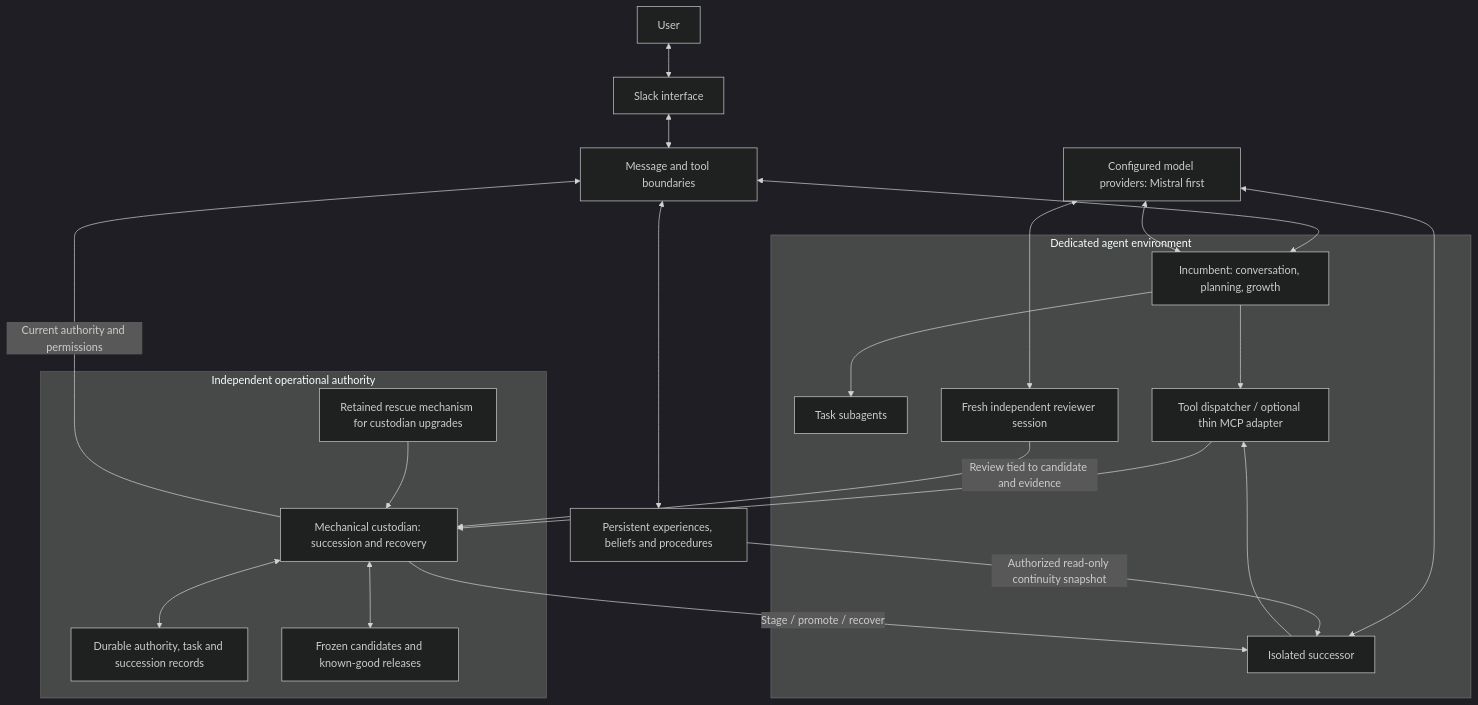
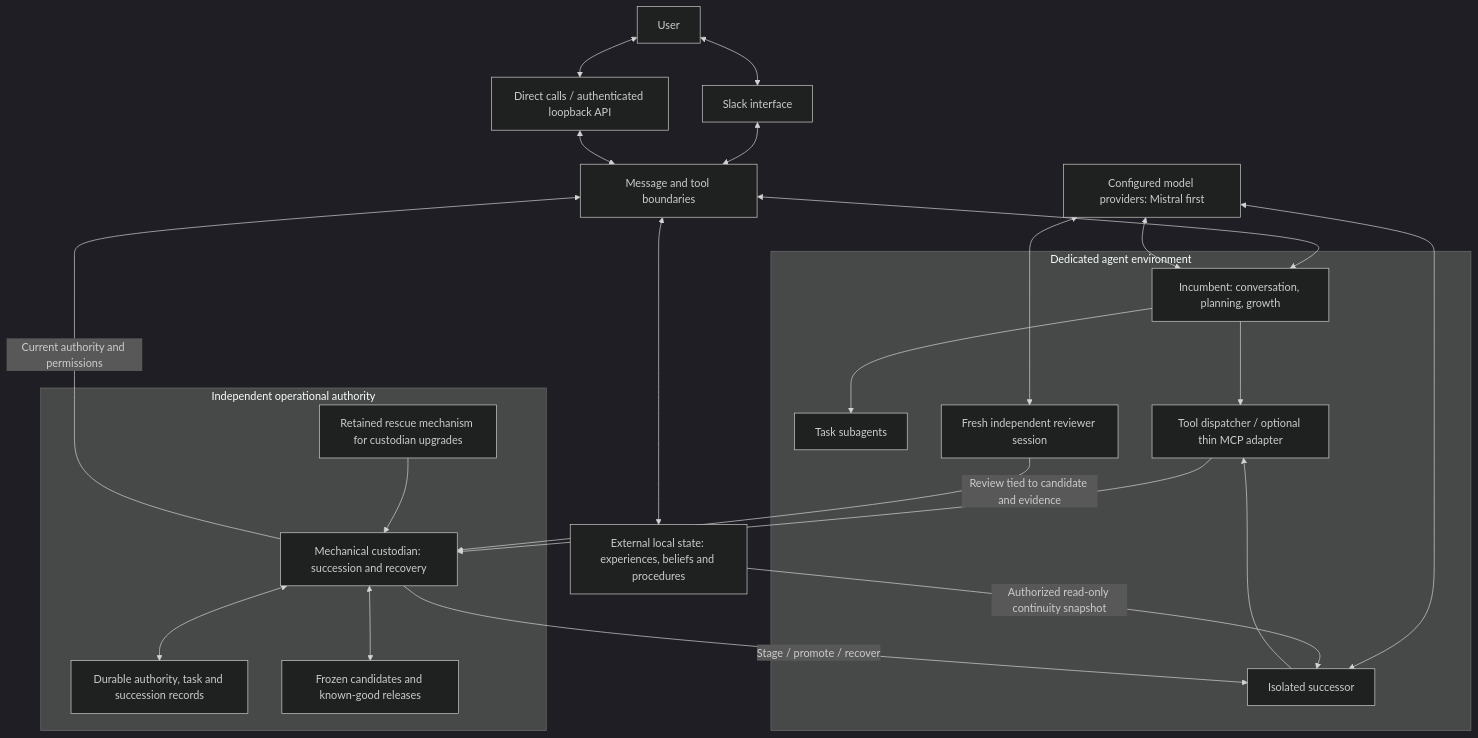
Before and after one commit to lbsa71/palimpsest: the diagram in docs/architecture.md, drawn with Mermaid (dark theme). The commit also changed other lines of this file and 42 other files, not shown here.

Commit message:
feat: implement durable local seed with external state and direct communications

````diff
--- a/docs/architecture.md
+++ b/docs/architecture.md
@@ -13,34 +15,36 @@
 ```mermaid
 flowchart TB
     User[User] <--> Slack[Slack interface]
+    User <--> Direct[Direct calls / authenticated loopback API]
     subgraph AgentEnv[Dedicated agent environment]
         Inc[Incumbent: conversation, planning, growth]
         Sub[Task subagents]
         Next[Isolated successor]
         Review[Fresh independent reviewer session]
         Adapter[Tool dispatcher / optional thin MCP adapter]
         Inc --> Sub
         Inc --> Adapter
         Next --> Adapter
     end
     Slack <--> Gateway[Message and tool boundaries]
+    Direct <--> Gateway
     Gateway <--> Inc
     Model[Configured model providers: Mistral first] <--> Inc
     Model <--> Next
     Model <--> Review
     subgraph RecoveryBoundary[Independent operational authority]
         Custodian[Mechanical custodian: succession and recovery]
         Journal[Durable authority, task and succession records]
         Releases[Frozen candidates and known-good releases]
         Rescue[Retained rescue mechanism for custodian upgrades]
         Custodian <--> Journal
         Custodian <--> Releases
         Rescue --> Custodian
     end
     Adapter --> Custodian
     Review -->|Review tied to candidate and evidence| Custodian
     Custodian -->|Current authority and permissions| Gateway
-    Gateway <--> Memory[Persistent experiences, beliefs and procedures]
+    Gateway <--> Memory[External local state: experiences, beliefs and procedures]
     Memory -->|Authorized read-only continuity snapshot| Next
     Custodian -->|Stage / promote / recover| Next
 ```
````
